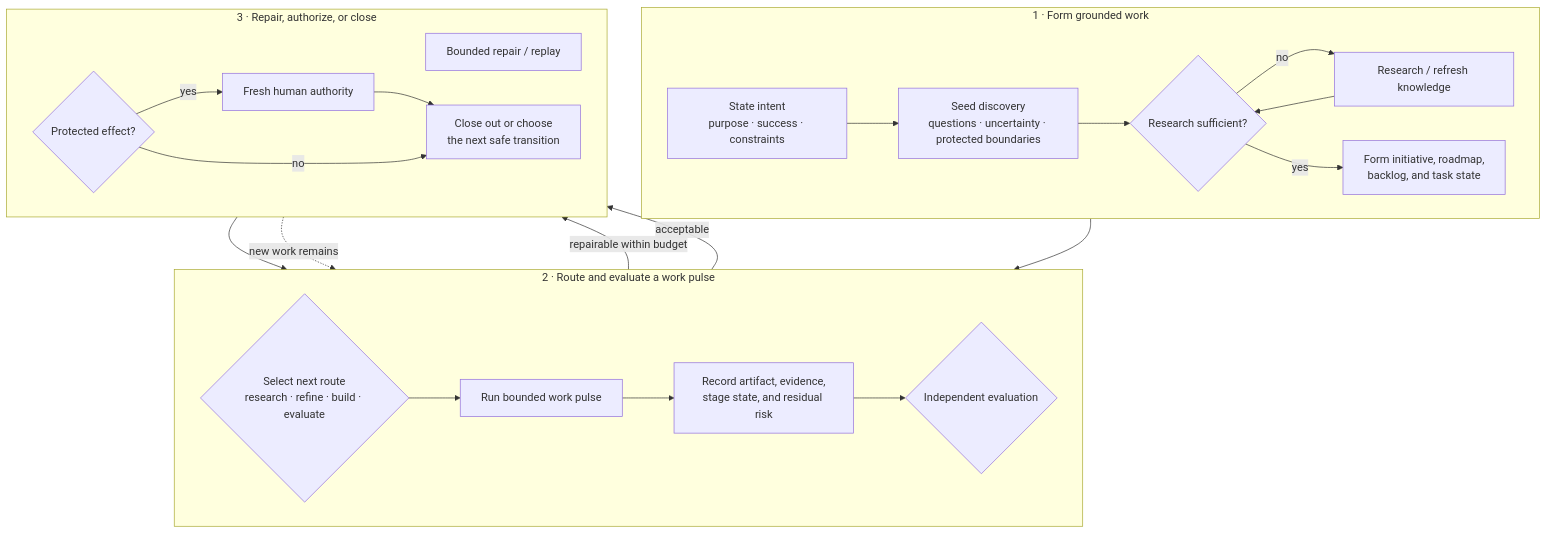
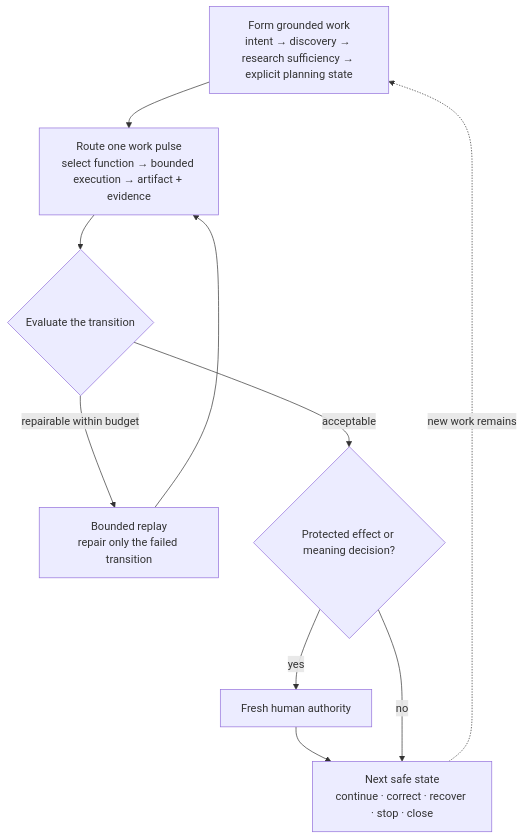
The first of 4 diagrams in docs/PERSONAL_HARNESS_OS.md (yiwei79/root-azoth), drawn with Mermaid before and after one commit. The commit also changed other lines of this file and 4 other files, not shown here.

````diff
--- a/docs/PERSONAL_HARNESS_OS.md
+++ b/docs/PERSONAL_HARNESS_OS.md
@@ -25,38 +27,17 @@
 ```mermaid
 flowchart TB
-    subgraph FORM["1 · Form grounded work"]
-        direction LR
-        I["State intent<br/>purpose · success · constraints"]
-        D["Seed discovery<br/>questions · uncertainty · protected boundaries"]
-        R{"Research sufficient?"}
-        K["Research / refresh knowledge"]
-        F["Form initiative, roadmap,<br/>backlog, and task state"]
-        I --> D --> R
-        R -->|no| K --> R
-        R -->|yes| F
-    end
+    F["Form grounded work<br/>intent → discovery → research sufficiency → explicit planning state"]
+    P["Route one work pulse<br/>select function → bounded execution → artifact + evidence"]
+    V{"Evaluate the transition"}
+    B["Bounded replay<br/>repair only the failed transition"]
+    H{"Protected effect or meaning decision?"}
+    A["Fresh human authority"]
+    C["Next safe state<br/>continue · correct · recover · stop · close"]
 
-    subgraph RUN["2 · Route and evaluate a work pulse"]
-        direction LR
-        T{"Select next route<br/>research · refine · build · evaluate"}
-        P["Run bounded work pulse"]
-        E["Record artifact, evidence,<br/>stage state, and residual risk"]
-        V{"Independent evaluation"}
-        T --> P --> E --> V
-    end
-
-    subgraph GOVERN["3 · Repair, authorize, or close"]
-        direction LR
-        B["Bounded repair / replay"]
-        H{"Protected effect?"}
-        A["Fresh human authority"]
-        C["Close out or choose<br/>the next safe transition"]
-        H -->|yes| A --> C
-        H -->|no| C
-    end
-
-    F --> T
+    F --> P --> V
     V -->|repairable within budget| B --> P
     V -->|acceptable| H
-    C -.->|new work remains| T
+    H -->|yes| A --> C
+    H -->|no| C
+    C -.->|new work remains| F
 ```
````
